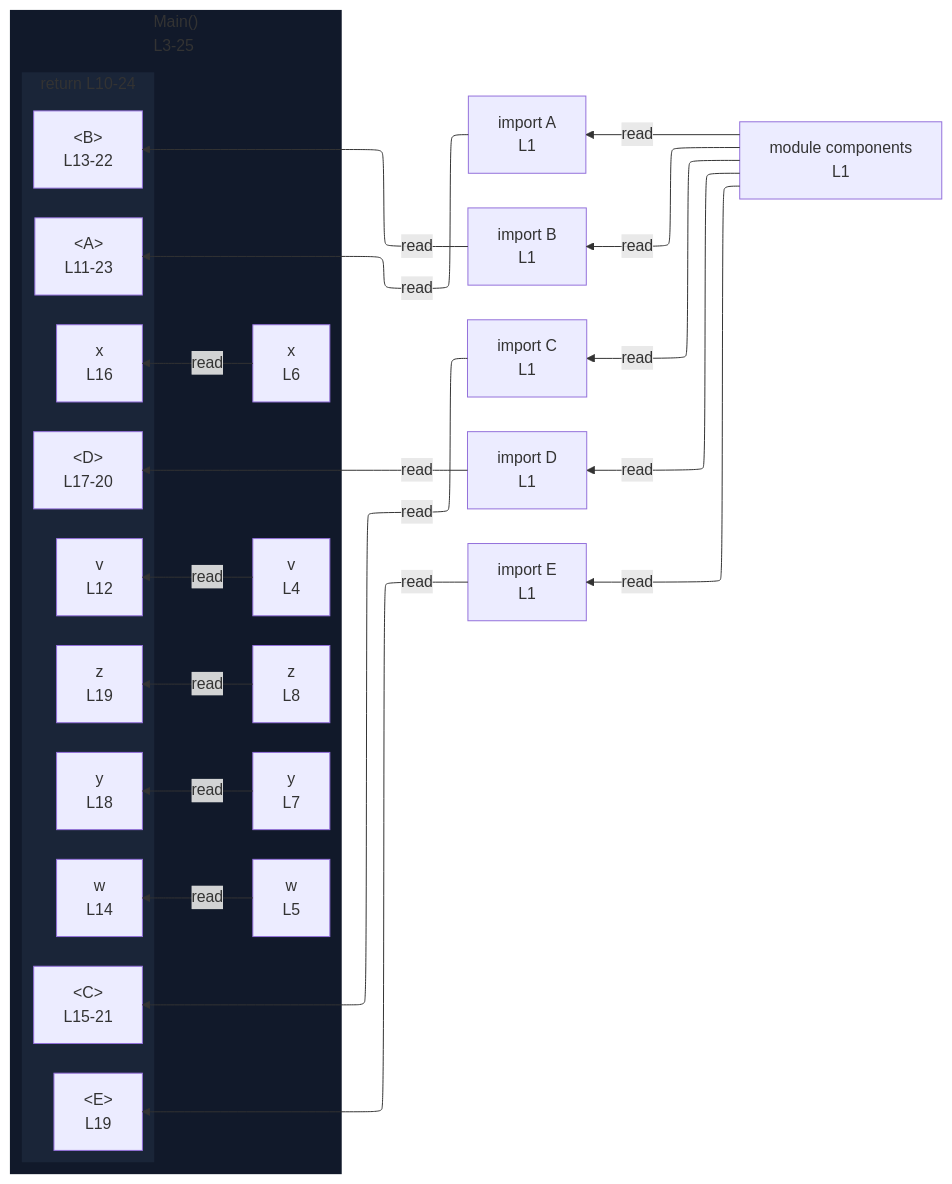
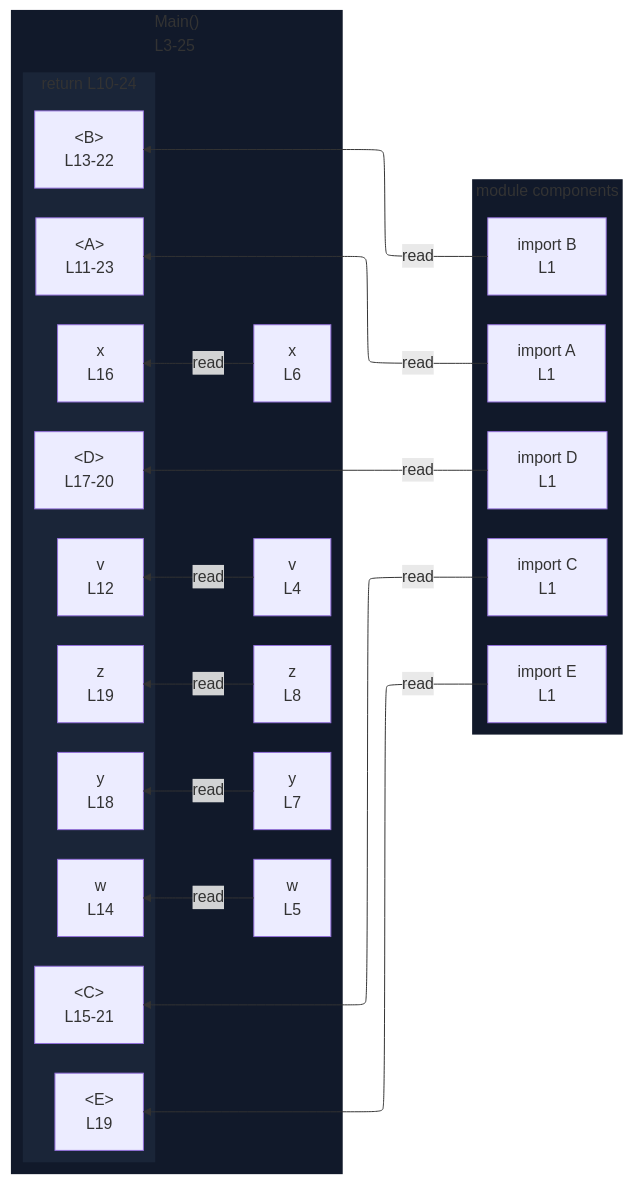
Before and after one commit to crescware/unsnarl: the diagram in integration/fixtures/jsx/nested-five/pruned-r10/preview.md, drawn with Mermaid. The commit also changed 153 other files, not shown here.

First line of the commit message:
Render import sources as module subgraphs instead of module nodes

````diff
--- a/integration/fixtures/jsx/nested-five/pruned-r10/preview.md
+++ b/integration/fixtures/jsx/nested-five/pruned-r10/preview.md
@@ -41,51 +41,49 @@
 ```mermaid
 %%{init: {"flowchart": {"defaultRenderer": "elk"}}}%%
 flowchart RL
   %% pruning roots 10=10 ancestors=10 descendants=10
-  n_scope_0_A_9["import A<br/>L1"]
-  n_scope_0_B_12["import B<br/>L1"]
-  n_scope_0_C_15["import C<br/>L1"]
-  n_scope_0_D_18["import D<br/>L1"]
-  n_scope_0_E_21["import E<br/>L1"]
   subgraph s_scope_1["Main()<br/>L3-25"]
     direction RL
     n_scope_1_v_71["v<br/>L4"]
     n_scope_1_w_88["w<br/>L5"]
     n_scope_1_x_105["x<br/>L6"]
     n_scope_1_y_122["y<br/>L7"]
     n_scope_1_z_139["z<br/>L8"]
     subgraph s_return_scope_0_Main_54_151_331["return L10-24"]
       direction RL
       ret_use_ref_5["&lt;A&gt;<br/>L11-23"]
       ret_use_ref_6["v<br/>L12"]
       ret_use_ref_7["&lt;B&gt;<br/>L13-22"]
       ret_use_ref_8["w<br/>L14"]
       ret_use_ref_9["&lt;C&gt;<br/>L15-21"]
       ret_use_ref_10["x<br/>L16"]
       ret_use_ref_11["&lt;D&gt;<br/>L17-20"]
       ret_use_ref_12["y<br/>L18"]
       ret_use_ref_13["&lt;E&gt;<br/>L19"]
       ret_use_ref_14["z<br/>L19"]
     end
   end
+  subgraph sg_components["module components"]
+    direction RL
+    n_scope_0_A_9["import A<br/>L1"]
+    n_scope_0_B_12["import B<br/>L1"]
+    n_scope_0_C_15["import C<br/>L1"]
+    n_scope_0_D_18["import D<br/>L1"]
+    n_scope_0_E_21["import E<br/>L1"]
+  end
   n_scope_0_A_9 -->|read| ret_use_ref_5
   n_scope_1_v_71 -->|read| ret_use_ref_6
   n_scope_0_B_12 -->|read| ret_use_ref_7
   n_scope_1_w_88 -->|read| ret_use_ref_8
   n_scope_0_C_15 -->|read| ret_use_ref_9
   n_scope_1_x_105 -->|read| ret_use_ref_10
   n_scope_0_D_18 -->|read| ret_use_ref_11
   n_scope_1_y_122 -->|read| ret_use_ref_12
   n_scope_0_E_21 -->|read| ret_use_ref_13
   n_scope_1_z_139 -->|read| ret_use_ref_14
-  mod_components["module components<br/>L1"]
-  mod_components -->|read| n_scope_0_A_9
-  mod_components -->|read| n_scope_0_B_12
-  mod_components -->|read| n_scope_0_C_15
-  mod_components -->|read| n_scope_0_D_18
-  mod_components -->|read| n_scope_0_E_21
   classDef nestL1 fill:#11192a,stroke:transparent;
   class s_scope_1 nestL1;
+  class sg_components nestL1;
   classDef nestL2 fill:#1a2538,stroke:transparent;
   class s_return_scope_0_Main_54_151_331 nestL2;
 ```
````
